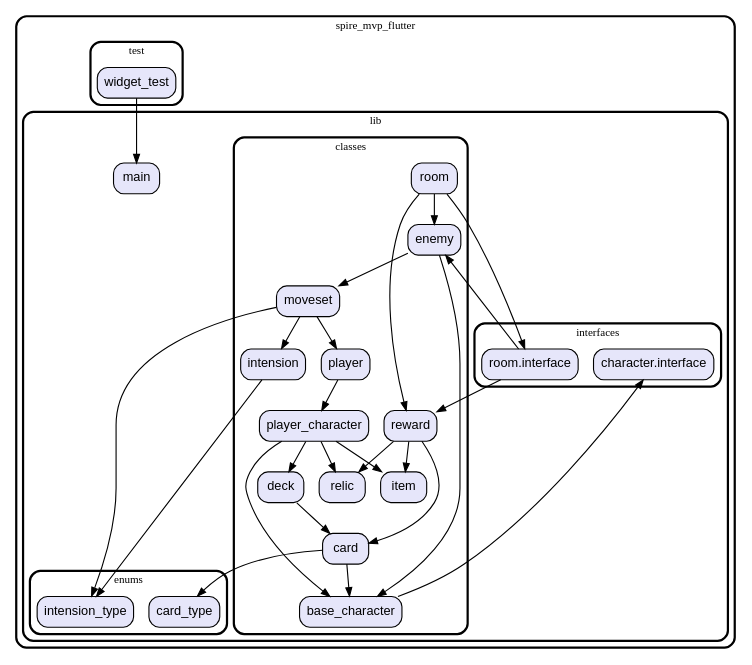
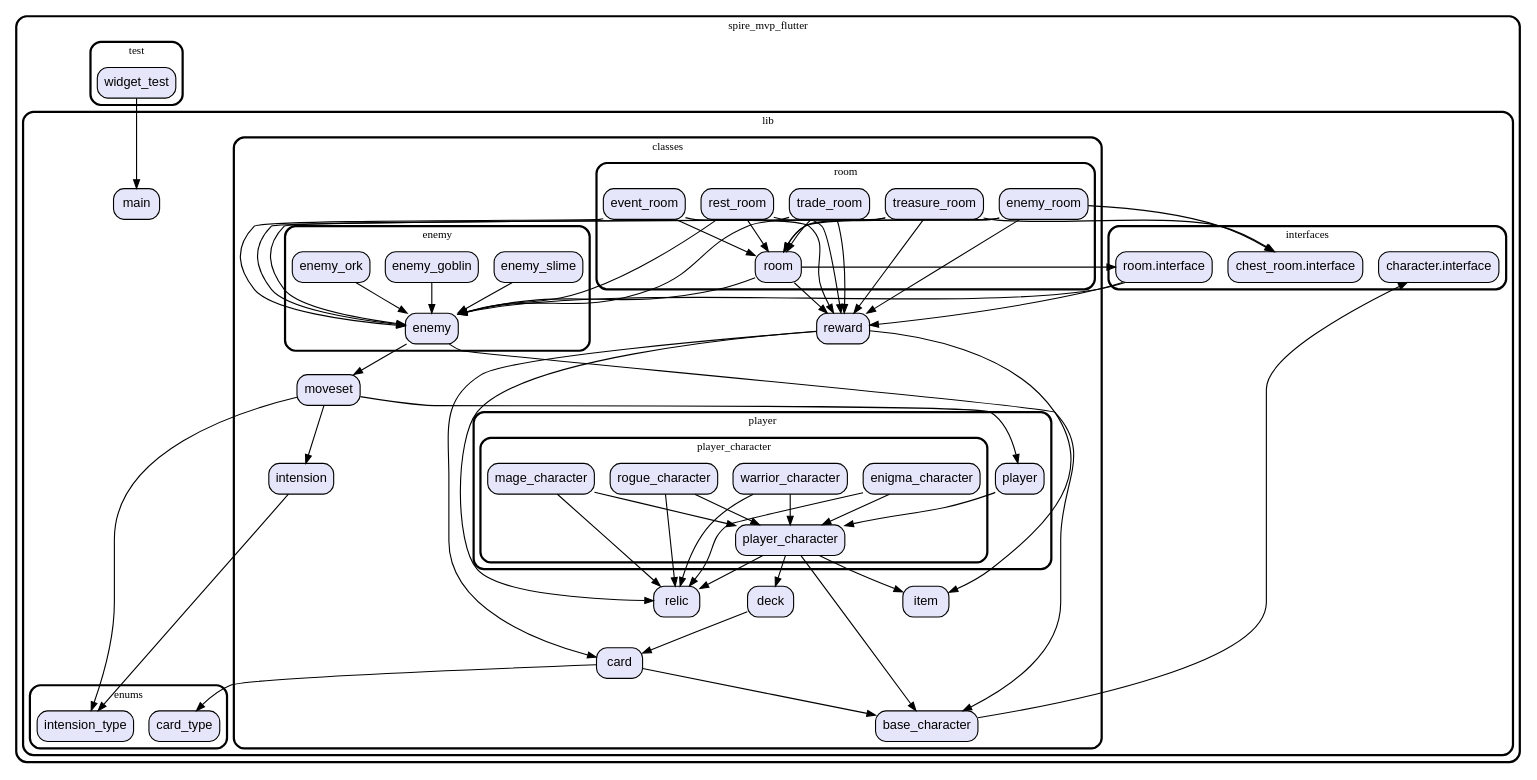
Before and after one commit to letier3110/mathpunk: the diagram in spire_mvp_flutter/classes.dot, drawn with Graphviz. The commit also changed 20 other files, not shown here.

```diff
--- a/spire_mvp_flutter/classes.dot
+++ b/spire_mvp_flutter/classes.dot
@@ -1,83 +1,149 @@
 digraph "" {
   graph [style=rounded fontname="Arial Black" fontsize=13 penwidth=2.6];
   node [shape=rect style="filled,rounded" fontname=Arial fontsize=15 fillcolor=Lavender penwidth=1.3];
   edge [penwidth=1.3];
   "/lib/classes/base_character.dart" [label="base_character"];
   "/lib/classes/card.dart" [label="card"];
   "/lib/classes/deck.dart" [label="deck"];
-  "/lib/classes/enemy.dart" [label="enemy"];
+  "/lib/classes/enemy/enemy.dart" [label="enemy"];
+  "/lib/classes/enemy/enemy_goblin.dart" [label="enemy_goblin"];
+  "/lib/classes/enemy/enemy_ork.dart" [label="enemy_ork"];
+  "/lib/classes/enemy/enemy_slime.dart" [label="enemy_slime"];
   "/lib/classes/intension.dart" [label="intension"];
   "/lib/classes/item.dart" [label="item"];
   "/lib/classes/moveset.dart" [label="moveset"];
-  "/lib/classes/player.dart" [label="player"];
-  "/lib/classes/player_character.dart" [label="player_character"];
+  "/lib/classes/player/player.dart" [label="player"];
+  "/lib/classes/player/player_character/enigma_character.dart" [label="enigma_character"];
+  "/lib/classes/player/player_character/mage_character.dart" [label="mage_character"];
+  "/lib/classes/player/player_character/player_character.dart" [label="player_character"];
+  "/lib/classes/player/player_character/rogue_character.dart" [label="rogue_character"];
+  "/lib/classes/player/player_character/warrior_character.dart" [label="warrior_character"];
   "/lib/classes/relic.dart" [label="relic"];
   "/lib/classes/reward.dart" [label="reward"];
-  "/lib/classes/room.dart" [label="room"];
+  "/lib/classes/room/enemy_room.dart" [label="enemy_room"];
+  "/lib/classes/room/event_room.dart" [label="event_room"];
+  "/lib/classes/room/rest_room.dart" [label="rest_room"];
+  "/lib/classes/room/room.dart" [label="room"];
+  "/lib/classes/room/trade_room.dart" [label="trade_room"];
+  "/lib/classes/room/treasure_room.dart" [label="treasure_room"];
   "/lib/enums/card_type.dart" [label="card_type"];
   "/lib/enums/intension_type.dart" [label="intension_type"];
   "/lib/interfaces/character.interface.dart" [label="character.interface"];
+  "/lib/interfaces/chest_room.interface.dart" [label="chest_room.interface"];
   "/lib/interfaces/room.interface.dart" [label="room.interface"];
   "/lib/main.dart" [label="main"];
   "/test/widget_test.dart" [label="widget_test"];
   subgraph "cluster~" {
     label="spire_mvp_flutter";
     subgraph "cluster~/lib" {
       label="lib";
       "/lib/main.dart";
       subgraph "cluster~/lib/classes" {
         label="classes";
         "/lib/classes/base_character.dart";
         "/lib/classes/card.dart";
         "/lib/classes/deck.dart";
-        "/lib/classes/enemy.dart";
         "/lib/classes/intension.dart";
         "/lib/classes/item.dart";
         "/lib/classes/moveset.dart";
-        "/lib/classes/player.dart";
-        "/lib/classes/player_character.dart";
         "/lib/classes/relic.dart";
         "/lib/classes/reward.dart";
-        "/lib/classes/room.dart";
+        subgraph "cluster~/lib/classes/enemy" {
+          label="enemy";
+          "/lib/classes/enemy/enemy.dart";
+          "/lib/classes/enemy/enemy_goblin.dart";
+          "/lib/classes/enemy/enemy_ork.dart";
+          "/lib/classes/enemy/enemy_slime.dart";
+        }
+        subgraph "cluster~/lib/classes/player" {
+          label="player";
+          "/lib/classes/player/player.dart";
+          subgraph "cluster~/lib/classes/player/player_character" {
+            label="player_character";
+            "/lib/classes/player/player_character/enigma_character.dart";
+            "/lib/classes/player/player_character/mage_character.dart";
+            "/lib/classes/player/player_character/player_character.dart";
+            "/lib/classes/player/player_character/rogue_character.dart";
+            "/lib/classes/player/player_character/warrior_character.dart";
+          }
+        }
+        subgraph "cluster~/lib/classes/room" {
+          label="room";
+          "/lib/classes/room/enemy_room.dart";
+          "/lib/classes/room/event_room.dart";
+          "/lib/classes/room/rest_room.dart";
+          "/lib/classes/room/room.dart";
+          "/lib/classes/room/trade_room.dart";
+          "/lib/classes/room/treasure_room.dart";
+        }
       }
       subgraph "cluster~/lib/enums" {
         label="enums";
         "/lib/enums/card_type.dart";
         "/lib/enums/intension_type.dart";
       }
       subgraph "cluster~/lib/interfaces" {
         label="interfaces";
         "/lib/interfaces/character.interface.dart";
+        "/lib/interfaces/chest_room.interface.dart";
         "/lib/interfaces/room.interface.dart";
       }
     }
     subgraph "cluster~/test" {
       label="test";
       "/test/widget_test.dart";
     }
   }
   "/lib/classes/base_character.dart" -> "/lib/interfaces/character.interface.dart";
   "/lib/classes/card.dart" -> "/lib/classes/base_character.dart";
   "/lib/classes/card.dart" -> "/lib/enums/card_type.dart";
   "/lib/classes/deck.dart" -> "/lib/classes/card.dart";
-  "/lib/classes/enemy.dart" -> "/lib/classes/base_character.dart";
-  "/lib/classes/enemy.dart" -> "/lib/classes/moveset.dart";
+  "/lib/classes/enemy/enemy.dart" -> "/lib/classes/base_character.dart";
+  "/lib/classes/enemy/enemy.dart" -> "/lib/classes/moveset.dart";
+  "/lib/classes/enemy/enemy_goblin.dart" -> "/lib/classes/enemy/enemy.dart";
+  "/lib/classes/enemy/enemy_ork.dart" -> "/lib/classes/enemy/enemy.dart";
+  "/lib/classes/enemy/enemy_slime.dart" -> "/lib/classes/enemy/enemy.dart";
   "/lib/classes/intension.dart" -> "/lib/enums/intension_type.dart";
   "/lib/classes/moveset.dart" -> "/lib/enums/intension_type.dart";
   "/lib/classes/moveset.dart" -> "/lib/classes/intension.dart";
-  "/lib/classes/moveset.dart" -> "/lib/classes/player.dart";
-  "/lib/classes/player.dart" -> "/lib/classes/player_character.dart";
-  "/lib/classes/player_character.dart" -> "/lib/classes/deck.dart";
-  "/lib/classes/player_character.dart" -> "/lib/classes/relic.dart";
-  "/lib/classes/player_character.dart" -> "/lib/classes/item.dart";
-  "/lib/classes/player_character.dart" -> "/lib/classes/base_character.dart";
+  "/lib/classes/moveset.dart" -> "/lib/classes/player/player.dart";
+  "/lib/classes/player/player.dart" -> "/lib/classes/player/player_character/player_character.dart";
+  "/lib/classes/player/player_character/enigma_character.dart" -> "/lib/classes/relic.dart";
+  "/lib/classes/player/player_character/enigma_character.dart" -> "/lib/classes/player/player_character/player_character.dart";
+  "/lib/classes/player/player_character/mage_character.dart" -> "/lib/classes/relic.dart";
+  "/lib/classes/player/player_character/mage_character.dart" -> "/lib/classes/player/player_character/player_character.dart";
+  "/lib/classes/player/player_character/player_character.dart" -> "/lib/classes/deck.dart";
+  "/lib/classes/player/player_character/player_character.dart" -> "/lib/classes/relic.dart";
+  "/lib/classes/player/player_character/player_character.dart" -> "/lib/classes/item.dart";
+  "/lib/classes/player/player_character/player_character.dart" -> "/lib/classes/base_character.dart";
+  "/lib/classes/player/player_character/rogue_character.dart" -> "/lib/classes/relic.dart";
+  "/lib/classes/player/player_character/rogue_character.dart" -> "/lib/classes/player/player_character/player_character.dart";
+  "/lib/classes/player/player_character/warrior_character.dart" -> "/lib/classes/relic.dart";
+  "/lib/classes/player/player_character/warrior_character.dart" -> "/lib/classes/player/player_character/player_character.dart";
   "/lib/classes/reward.dart" -> "/lib/classes/relic.dart";
   "/lib/classes/reward.dart" -> "/lib/classes/item.dart";
   "/lib/classes/reward.dart" -> "/lib/classes/card.dart";
-  "/lib/classes/room.dart" -> "/lib/interfaces/room.interface.dart";
-  "/lib/classes/room.dart" -> "/lib/classes/enemy.dart";
-  "/lib/classes/room.dart" -> "/lib/classes/reward.dart";
-  "/lib/interfaces/room.interface.dart" -> "/lib/classes/enemy.dart";
+  "/lib/classes/room/enemy_room.dart" -> "/lib/interfaces/chest_room.interface.dart";
+  "/lib/classes/room/enemy_room.dart" -> "/lib/classes/enemy/enemy.dart";
+  "/lib/classes/room/enemy_room.dart" -> "/lib/classes/reward.dart";
+  "/lib/classes/room/enemy_room.dart" -> "/lib/classes/room/room.dart";
+  "/lib/classes/room/event_room.dart" -> "/lib/classes/enemy/enemy.dart";
+  "/lib/classes/room/event_room.dart" -> "/lib/classes/reward.dart";
+  "/lib/classes/room/event_room.dart" -> "/lib/classes/room/room.dart";
+  "/lib/classes/room/rest_room.dart" -> "/lib/classes/enemy/enemy.dart";
+  "/lib/classes/room/rest_room.dart" -> "/lib/classes/reward.dart";
+  "/lib/classes/room/rest_room.dart" -> "/lib/classes/room/room.dart";
+  "/lib/classes/room/room.dart" -> "/lib/interfaces/room.interface.dart";
+  "/lib/classes/room/room.dart" -> "/lib/classes/enemy/enemy.dart";
+  "/lib/classes/room/room.dart" -> "/lib/classes/reward.dart";
+  "/lib/classes/room/trade_room.dart" -> "/lib/classes/enemy/enemy.dart";
+  "/lib/classes/room/trade_room.dart" -> "/lib/classes/reward.dart";
+  "/lib/classes/room/trade_room.dart" -> "/lib/classes/room/room.dart";
+  "/lib/classes/room/treasure_room.dart" -> "/lib/interfaces/chest_room.interface.dart";
+  "/lib/classes/room/treasure_room.dart" -> "/lib/classes/enemy/enemy.dart";
+  "/lib/classes/room/treasure_room.dart" -> "/lib/classes/reward.dart";
+  "/lib/classes/room/treasure_room.dart" -> "/lib/classes/room/room.dart";
+  "/lib/interfaces/room.interface.dart" -> "/lib/classes/enemy/enemy.dart";
   "/lib/interfaces/room.interface.dart" -> "/lib/classes/reward.dart";
   "/test/widget_test.dart" -> "/lib/main.dart";
 }
```
